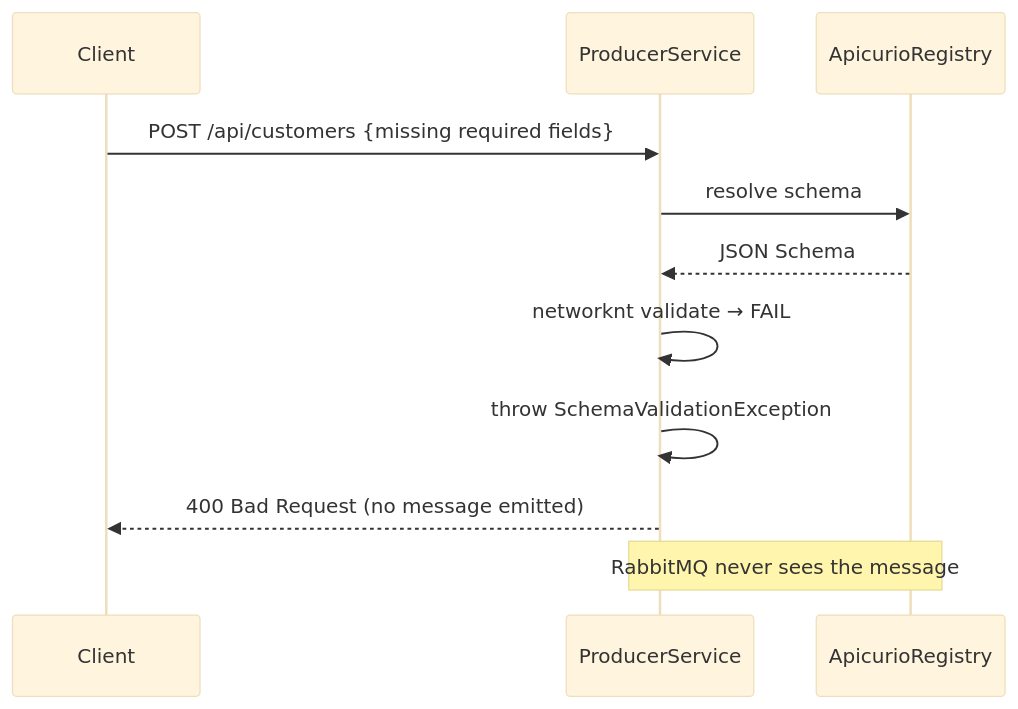
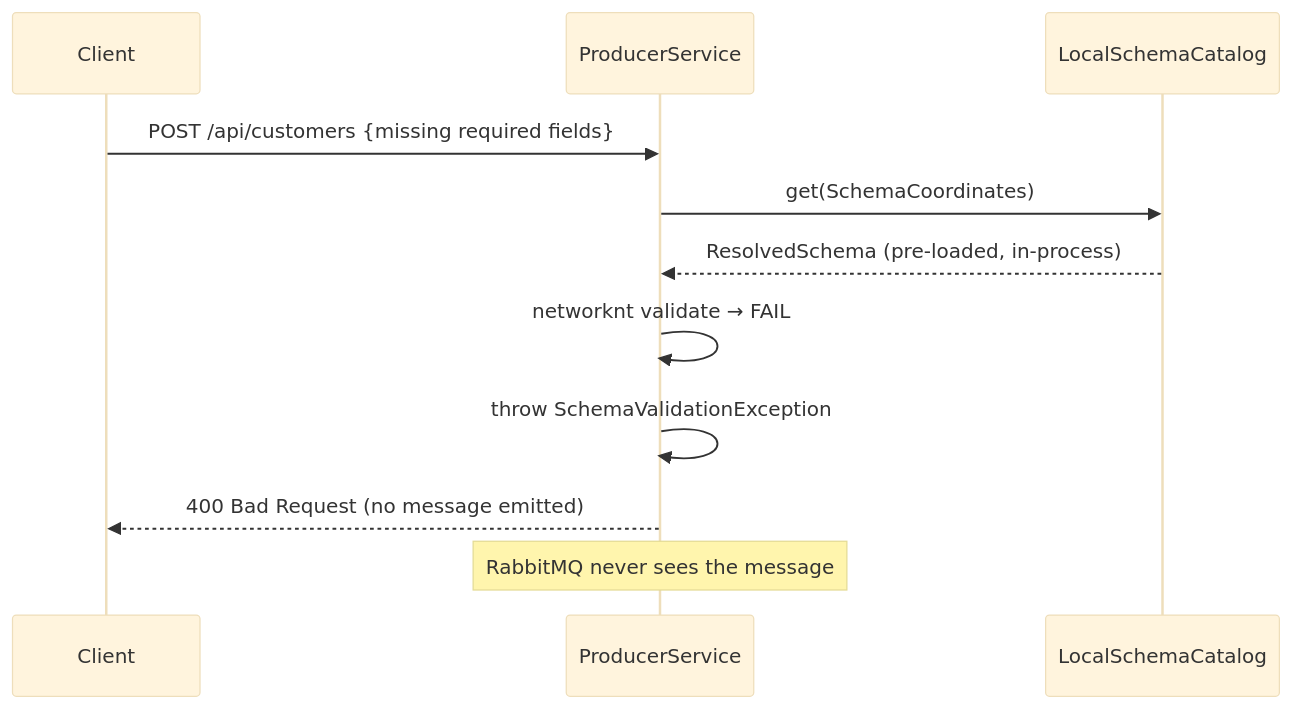
The fourth of 4 diagrams in README.md (anarefin/schema-registry-demo), drawn with Mermaid (base theme) before and after one commit. The commit also changed other lines of this file and 10 other files, not shown here.

First line of the commit message:
feat(schema-registry): update documentation for new OrderFulfilled event and schema integration

````diff
--- a/README.md
+++ b/README.md
@@ -271,14 +276,14 @@
 ```mermaid
 sequenceDiagram
     participant C as Client
     participant P as ProducerService
-    participant A as ApicurioRegistry
+    participant L as LocalSchemaCatalog
 
     C->>P: POST /api/customers {missing required fields}
-    P->>A: resolve schema
-    A-->>P: JSON Schema
+    P->>L: get(SchemaCoordinates)
+    L-->>P: ResolvedSchema (pre-loaded, in-process)
     P->>P: networknt validate → FAIL
     P->>P: throw SchemaValidationException
     P-->>C: 400 Bad Request (no message emitted)
-    Note over P,A: RabbitMQ never sees the message
+    Note over P: RabbitMQ never sees the message
 ```
````
